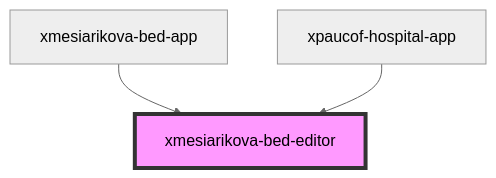
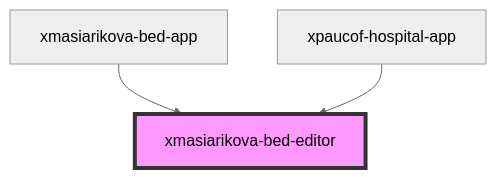
One commit to FilipPauco/hospital-ufe changed the diagram in src/components/xmasiarikova-bed-editor/readme.md. Above: the diagram before and after it, drawn with Mermaid (neutral theme). The commit also changed other lines of this file and 9 other files, not shown here.

````diff
--- a/src/components/xmasiarikova-bed-editor/readme.md
+++ b/src/components/xmasiarikova-bed-editor/readme.md
@@ -32,6 +32,6 @@
 ```mermaid
 graph TD;
-  xmesiarikova-bed-app --> xmesiarikova-bed-editor
-  xpaucof-hospital-app --> xmesiarikova-bed-editor
-  style xmesiarikova-bed-editor fill:#f9f,stroke:#333,stroke-width:4px
+  xmasiarikova-bed-app --> xmasiarikova-bed-editor
+  xpaucof-hospital-app --> xmasiarikova-bed-editor
+  style xmasiarikova-bed-editor fill:#f9f,stroke:#333,stroke-width:4px
 ```
````
